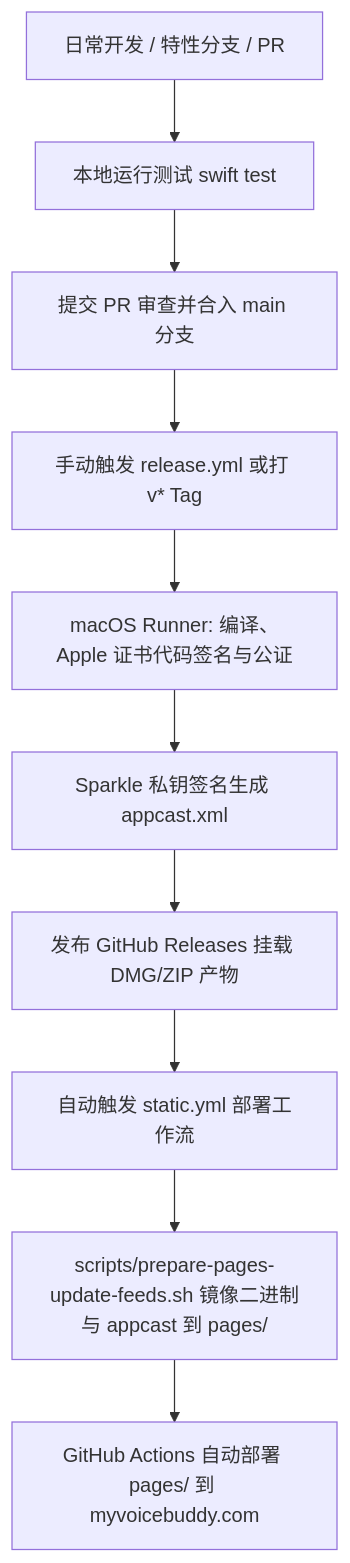
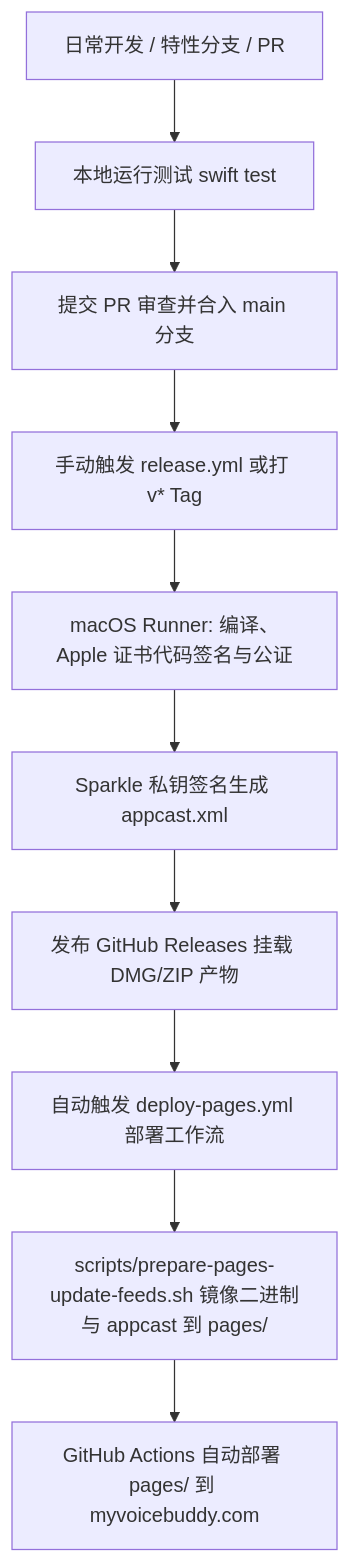
The diagram in AGENTS.md (zfdang/voice-buddy), drawn with Mermaid before and after one commit. The commit also changed other lines of this file and 3 other files, not shown here.

Commit message:
chore(ci): rename workflow files to ci.yml and deploy-pages.yml

````diff
--- a/AGENTS.md
+++ b/AGENTS.md
@@ -39,12 +39,12 @@
 ```mermaid
 flowchart TD
     A[日常开发 / 特性分支 / PR] --> B[本地运行测试 swift test]
     B --> C[提交 PR 审查并合入 main 分支]
     C --> D[手动触发 release.yml 或打 v* Tag]
     D --> E[macOS Runner: 编译、Apple 证书代码签名与公证]
     E --> F[Sparkle 私钥签名生成 appcast.xml]
     F --> G[发布 GitHub Releases 挂载 DMG/ZIP 产物]
-    G --> H[自动触发 static.yml 部署工作流]
+    G --> H[自动触发 deploy-pages.yml 部署工作流]
     H --> I[scripts/prepare-pages-update-feeds.sh 镜像二进制与 appcast 到 pages/]
     I --> J[GitHub Actions 自动部署 pages/ 到 myvoicebuddy.com]
 ```
````
